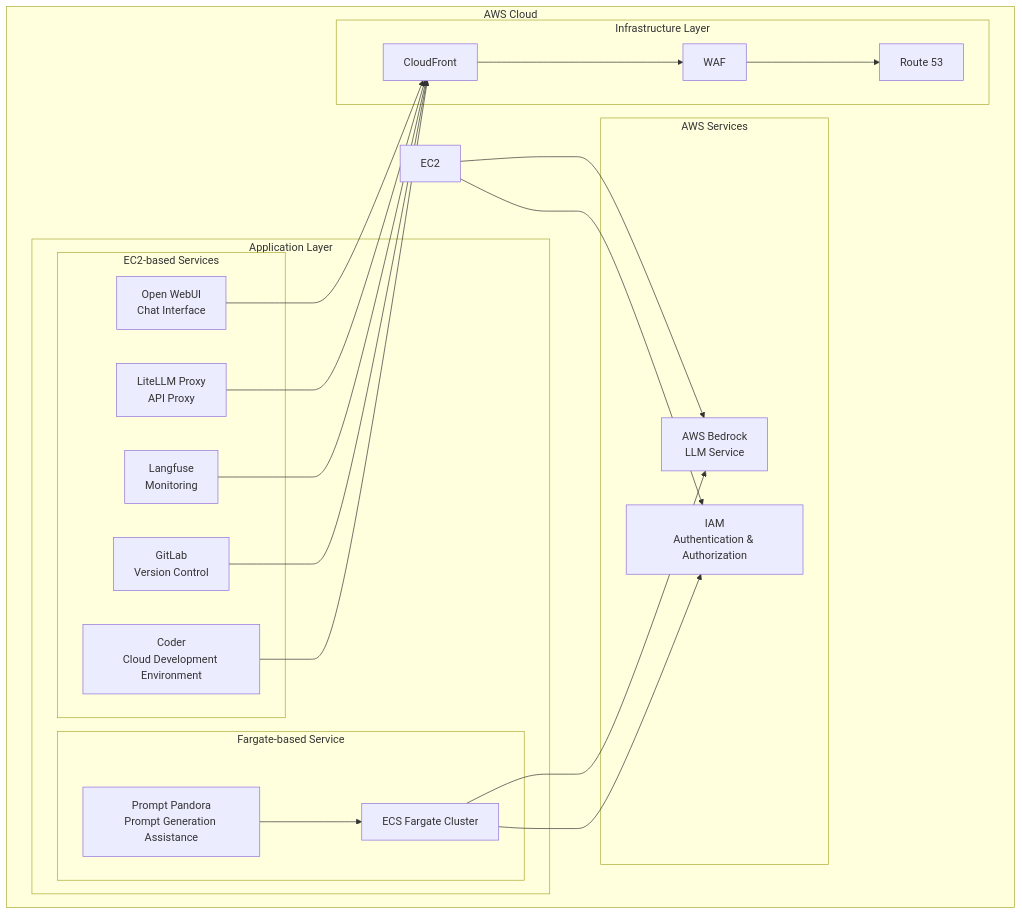
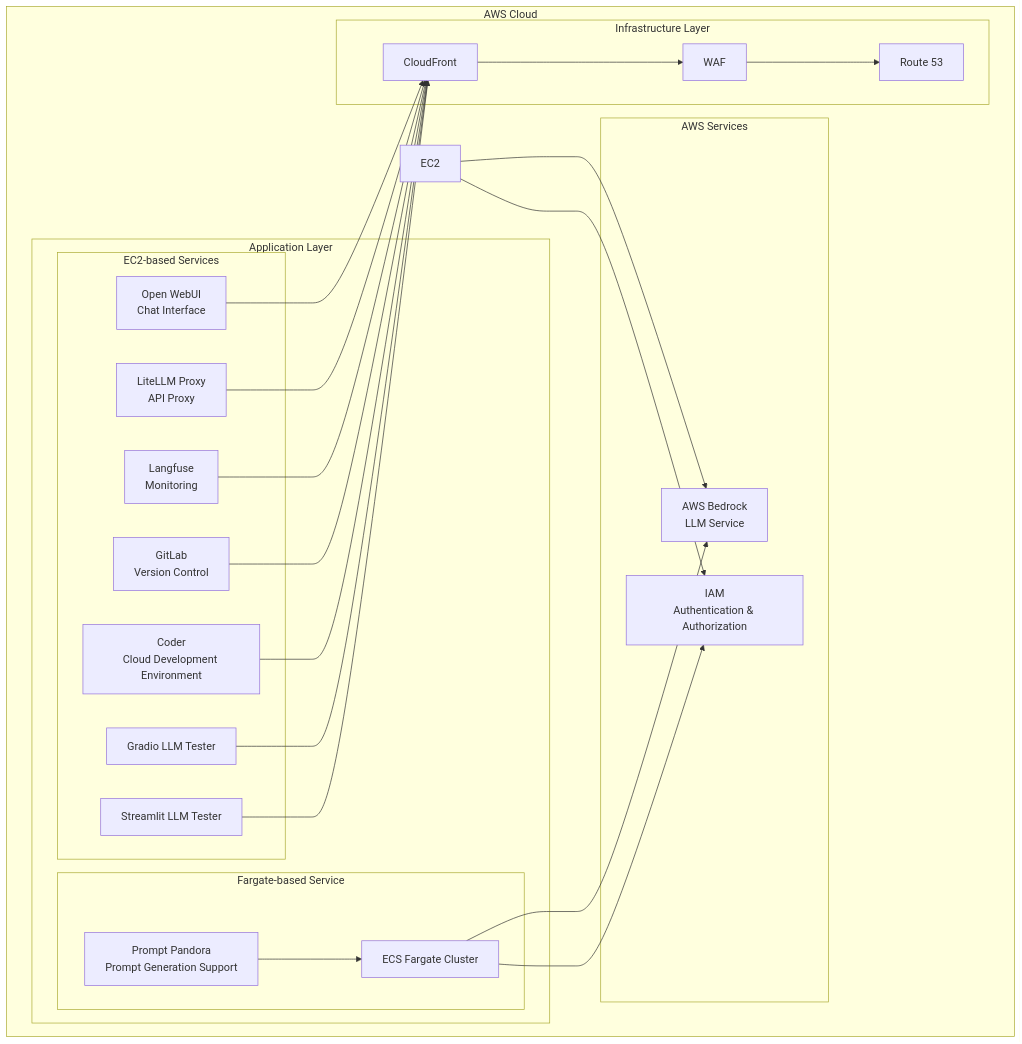
Before and after one commit to Sunwood-ai-labs/AMATERASU: the diagram in docs/README.en.md, drawn with Mermaid. The commit also changed other lines of this file, not shown here.

````diff
--- a/docs/README.en.md
+++ b/docs/README.en.md
@@ -54,45 +54,49 @@
 ```mermaid
 graph TB
     subgraph "AWS Cloud"
         subgraph "Application Layer"
             subgraph "EC2-based Services"
                 OW["Open WebUI<br/>Chat Interface"]
                 LL["LiteLLM Proxy<br/>API Proxy"]
                 LF["Langfuse<br/>Monitoring"]
                 GL["GitLab<br/>Version Control"]
                 CD["Coder<br/>Cloud Development Environment"]
+                GR["Gradio LLM Tester"]
+                ST["Streamlit LLM Tester"]
             end
             
             subgraph "Fargate-based Service"
-                PP["Prompt Pandora<br/>Prompt Generation Assistance"]
+                PP["Prompt Pandora<br/>Prompt Generation Support"]
                 ECS["ECS Fargate Cluster"]
             end
         end
         
         subgraph "Infrastructure Layer"
             CF["CloudFront"]
             WAF["WAF"]
             R53["Route 53"]
         end
         
         subgraph "AWS Services"
             Bedrock["AWS Bedrock<br/>LLM Service"]
             IAM["IAM<br/>Authentication & Authorization"]
         end
         
         OW --> CF
         LL --> CF
         LF --> CF
         GL --> CF
         CD --> CF
+        GR --> CF
+        ST --> CF
         PP --> ECS
         
         CF --> WAF
         WAF --> R53
         
         EC2 --> Bedrock
         ECS --> Bedrock
         EC2 --> IAM
         ECS --> IAM
     end
 ```
````
